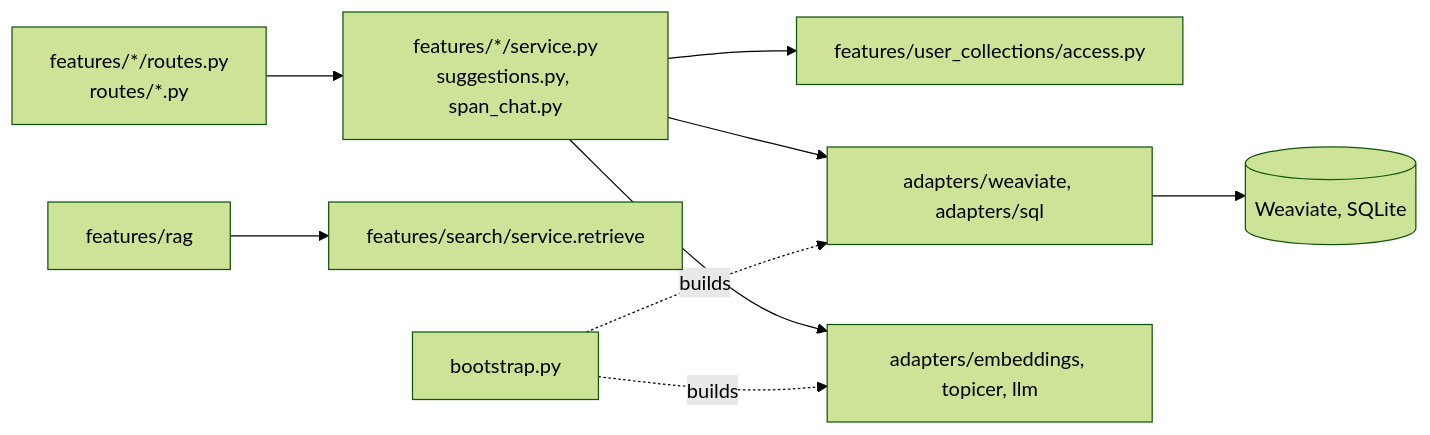
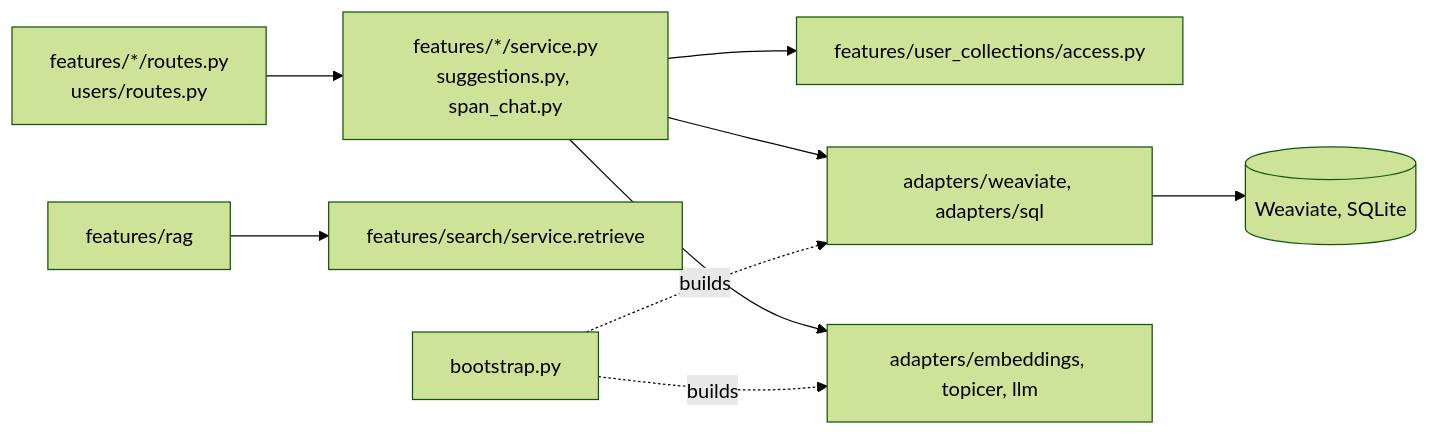
Before and after one commit to DCGM/semant-demo: the second of 5 diagrams in docs/ARCHITECTURE.md, drawn with Mermaid (forest theme). The commit also changed other lines of this file and 24 other files, not shown here.

````diff
--- a/docs/ARCHITECTURE.md
+++ b/docs/ARCHITECTURE.md
@@ -106,11 +105,11 @@
 ```mermaid
 flowchart LR
-    Routes["features/*/routes.py<br/>routes/*.py"] --> Services["features/*/service.py<br/>suggestions.py, span_chat.py"]
+    Routes["features/*/routes.py<br/>users/routes.py"] --> Services["features/*/service.py<br/>suggestions.py, span_chat.py"]
     Services --> Access["features/user_collections/access.py"]
     Services --> Adapters["adapters/weaviate, adapters/sql"]
     Services --> Providers["adapters/embeddings, topicer, llm"]
     RAG["features/rag"] --> Search["features/search/service.retrieve"]
     Bootstrap["bootstrap.py"] -. builds .-> Adapters
     Bootstrap -. builds .-> Providers
     Adapters --> Stores[("Weaviate, SQLite")]
 ```
````
